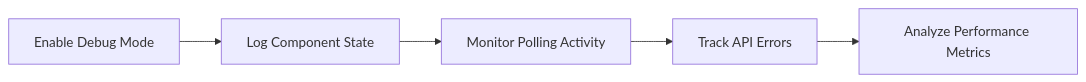
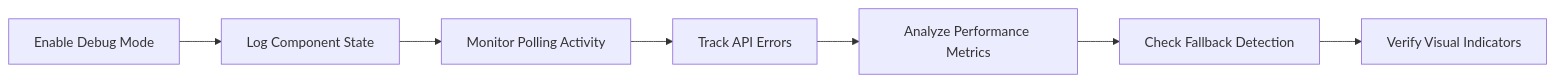
Before and after one commit to Revanththetalogics/aireume: diagram 13 of 13 in .qoder/repowiki/en/content/Frontend Architecture/Component Library/Result Card Component.md, drawn with Mermaid. The commit also changed other lines of this file and 15 other files, not shown here.

````diff
--- a/.qoder/repowiki/en/content/Frontend Architecture/Component Library/Result Card Component.md
+++ b/.qoder/repowiki/en/content/Frontend Architecture/Component Library/Result Card Component.md
@@ -451,7 +803,9 @@
 ```mermaid
 flowchart LR
 DebugMode[Enable Debug Mode] --> LogState[Log Component State]
 LogState --> MonitorPolling[Monitor Polling Activity]
 MonitorPolling --> TrackErrors[Track API Errors]
 TrackErrors --> AnalyzePerformance[Analyze Performance Metrics]
+AnalyzePerformance --> CheckFallbackDetection[Check Fallback Detection]
+CheckFallbackDetection --> VerifyVisualIndicators[Verify Visual Indicators]
 ```
````
